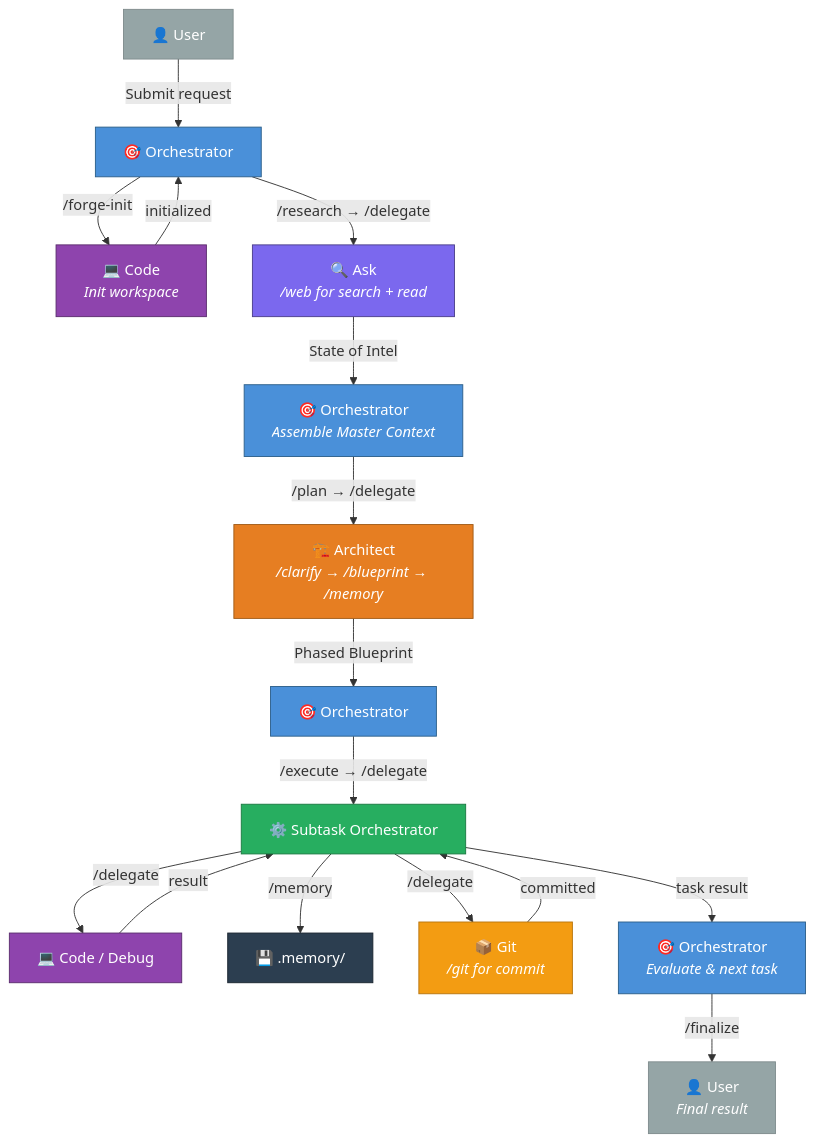
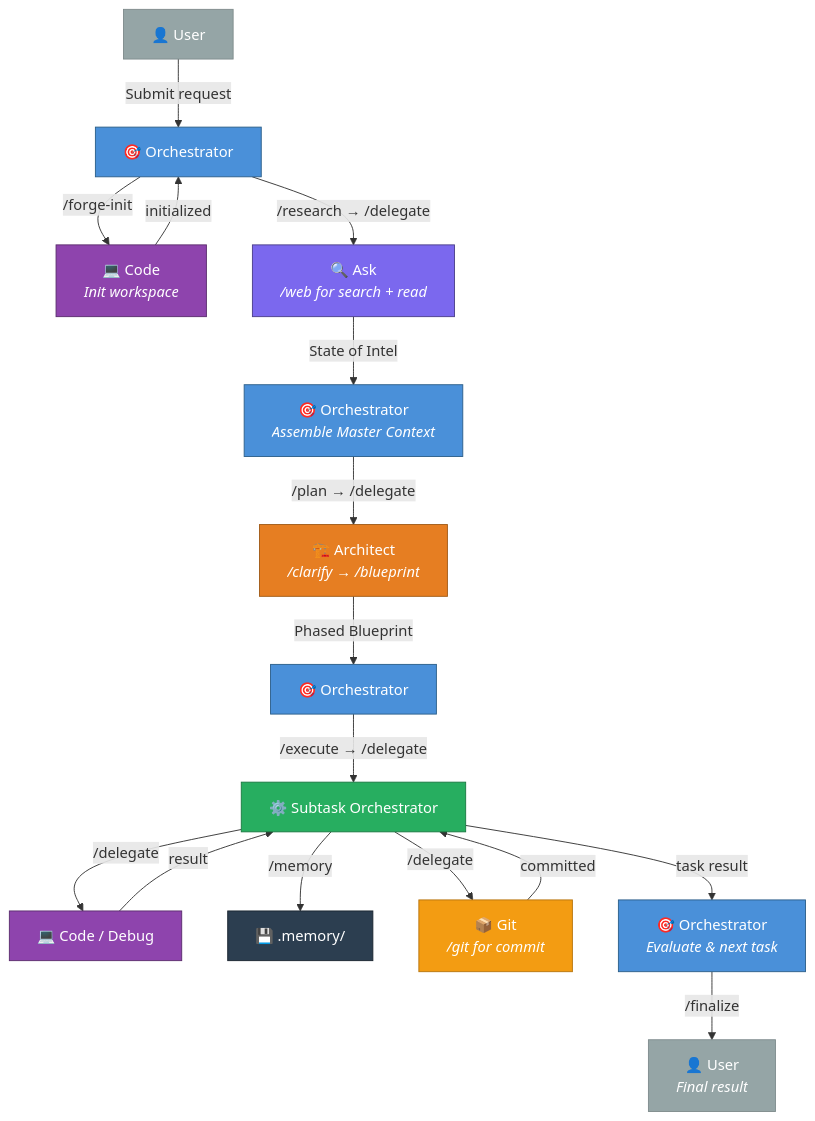
One commit to weselben/RooForge changed the second of 3 diagrams in README.md. Above: the diagram before and after it, drawn with Mermaid. The commit also changed other lines of this file and 10 other files, not shown here.

First line of the commit message:
refactor(memory): phase-based persistence, direct edit, research files, blueprint self-persist

````diff
--- a/README.md
+++ b/README.md
@@ -126,32 +138,32 @@
 ```mermaid
 flowchart TD
     U["👤 User"] -->|"Submit request"| O1["🎯 Orchestrator"]
     O1 -->|"/forge-init"| INIT["💻 Code<br/><i>Init workspace</i>"]
     INIT -->|"initialized"| O1
     O1 -->|"/research → /delegate"| A["🔍 Ask<br/><i>/web for search + read</i>"]
     A -->|"State of Intel"| O2["🎯 Orchestrator<br/><i>Assemble Master Context</i>"]
-    O2 -->|"/plan → /delegate"| AR["🏗️ Architect<br/><i>/clarify → /blueprint → /memory</i>"]
+    O2 -->|"/plan → /delegate"| AR["🏗️ Architect<br/><i>/clarify → /blueprint</i>"]
     AR -->|"Phased Blueprint"| O3["🎯 Orchestrator"]
     O3 -->|"/execute → /delegate"| SO["⚙️ Subtask Orchestrator"]
     SO -->|"/delegate"| C["💻 Code / Debug"]
     C -->|"result"| SO
     SO -->|"/memory"| M["💾 .memory/"]
     SO -->|"/delegate"| G["📦 Git<br/><i>/git for commit</i>"]
     G -->|"committed"| SO
     SO -->|"task result"| O4["🎯 Orchestrator<br/><i>Evaluate & next task</i>"]
     O4 -->|"/finalize"| U2["👤 User<br/><i>Final result</i>"]
 
     style U fill:#95A5A6,color:#fff,stroke:#7F8C8D
     style U2 fill:#95A5A6,color:#fff,stroke:#7F8C8D
     style O1 fill:#4A90D9,color:#fff,stroke:#2C5F8A
     style O2 fill:#4A90D9,color:#fff,stroke:#2C5F8A
     style O3 fill:#4A90D9,color:#fff,stroke:#2C5F8A
     style O4 fill:#4A90D9,color:#fff,stroke:#2C5F8A
     style INIT fill:#8E44AD,color:#fff,stroke:#5B2D6E
     style A fill:#7B68EE,color:#fff,stroke:#4B3F8A
     style AR fill:#E67E22,color:#fff,stroke:#A05A15
     style SO fill:#27AE60,color:#fff,stroke:#1A7A42
     style C fill:#8E44AD,color:#fff,stroke:#5B2D6E
     style G fill:#F39C12,color:#fff,stroke:#B8750E
     style M fill:#2C3E50,color:#fff,stroke:#1A252F
 ```
````
